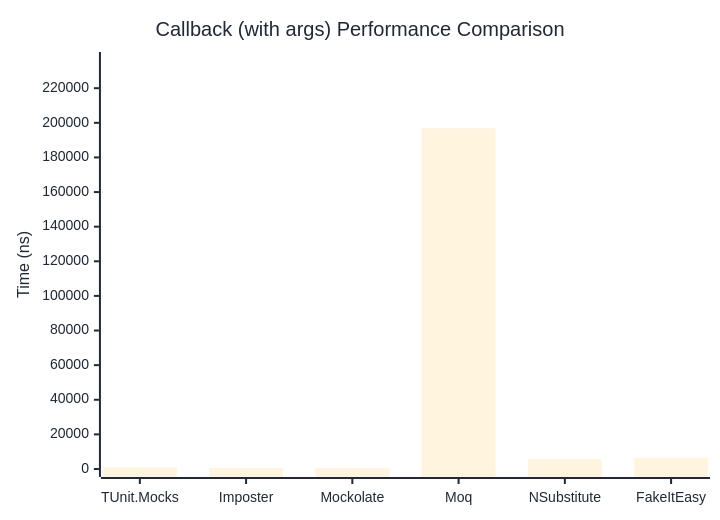
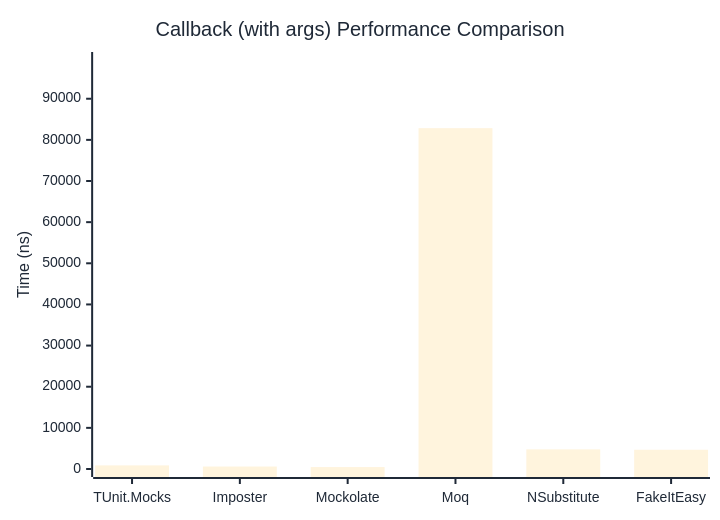
Before and after one commit to thomhurst/TUnit: the second of 2 diagrams in docs/docs/benchmarks/mocks/Callback.md, drawn with Mermaid. The commit also changed other lines of this file and 14 other files, not shown here.

````diff
--- a/docs/docs/benchmarks/mocks/Callback.md
+++ b/docs/docs/benchmarks/mocks/Callback.md
@@ -71,27 +71,27 @@
 ```mermaid
 %%{init: {
   'theme':'base',
   'themeVariables': {
     'primaryColor': '#2563eb',
     'primaryTextColor': '#1f2937',
     'primaryBorderColor': '#1e40af',
     'lineColor': '#6b7280',
     'secondaryColor': '#7c3aed',
     'tertiaryColor': '#dc2626',
     'background': '#ffffff',
     'pie1': '#2563eb',
     'pie2': '#7c3aed',
     'pie3': '#dc2626',
     'pie4': '#f59e0b',
     'pie5': '#10b981',
     'pie6': '#06b6d4',
     'pie7': '#ec4899',
     'pie8': '#6366f1'
   }
 }}%%
 xychart-beta
   title "Callback (with args) Performance Comparison"
   x-axis ["TUnit.Mocks", "Imposter", "Mockolate", "Moq", "NSubstitute", "FakeItEasy"]
-  y-axis "Time (ns)" 0 --> 236290
-  bar [860, 579.3, 437, 196907.9, 5613.4, 6458.5]
+  y-axis "Time (ns)" 0 --> 99415
+  bar [876.9, 602.7, 465.3, 82845.2, 4776.6, 4678.7]
 ```
````
